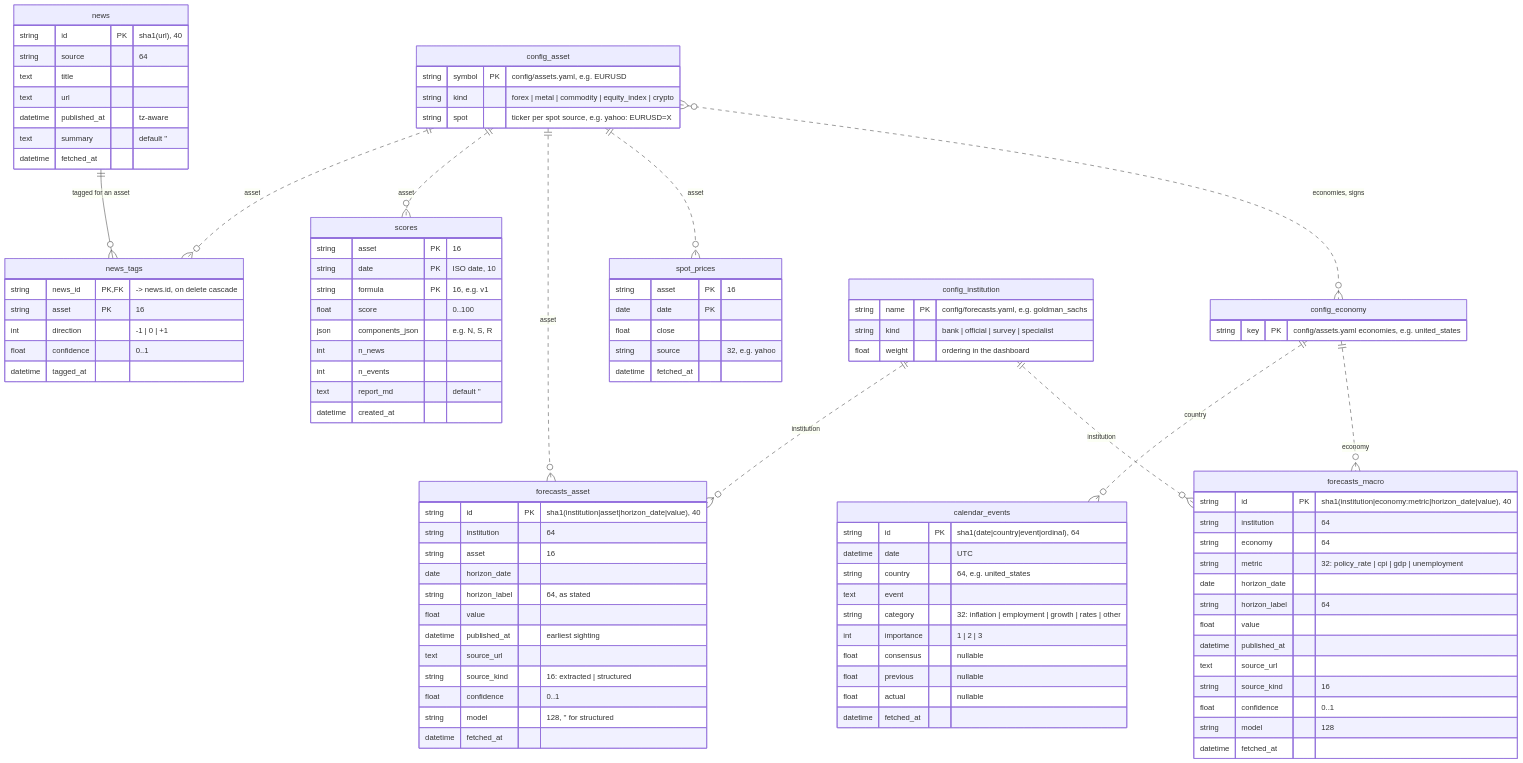
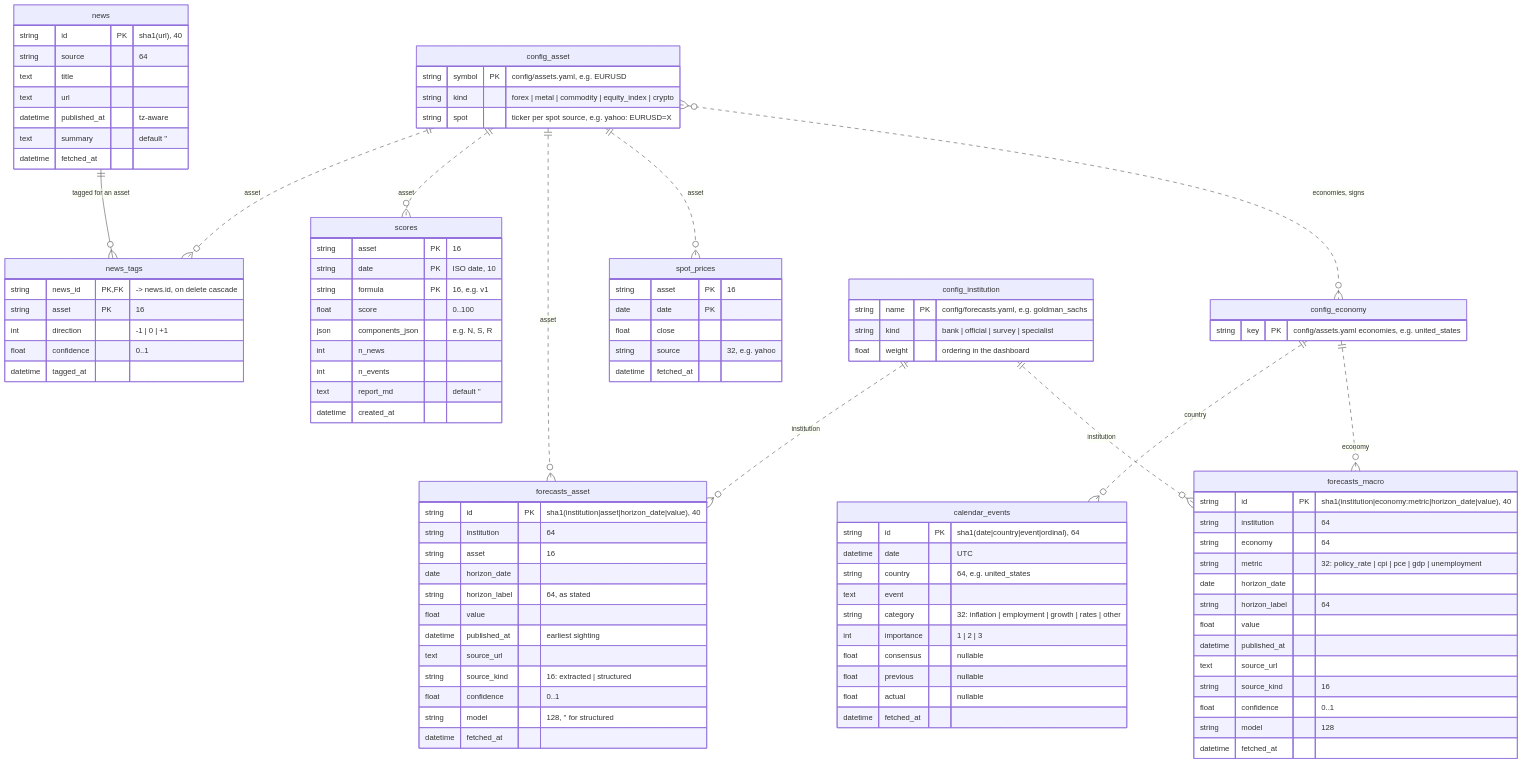
One commit to sbOogway/manc changed the diagram in docs/er-schema.md. Above: the diagram before and after it, drawn with Mermaid. The commit also changed 2 other files, not shown here.

Commit message:
docs: describe the Fed SEP and World Bank publishers

```diff
--- a/docs/er-schema.md
+++ b/docs/er-schema.md
@@ -72,7 +72,7 @@
         string id PK "sha1(institution|economy:metric|horizon_date|value), 40"
         string institution "64"
         string economy "64"
-        string metric "32: policy_rate | cpi | gdp | unemployment"
+        string metric "32: policy_rate | cpi | pce | gdp | unemployment"
         date horizon_date
         string horizon_label "64"
         float value
```
